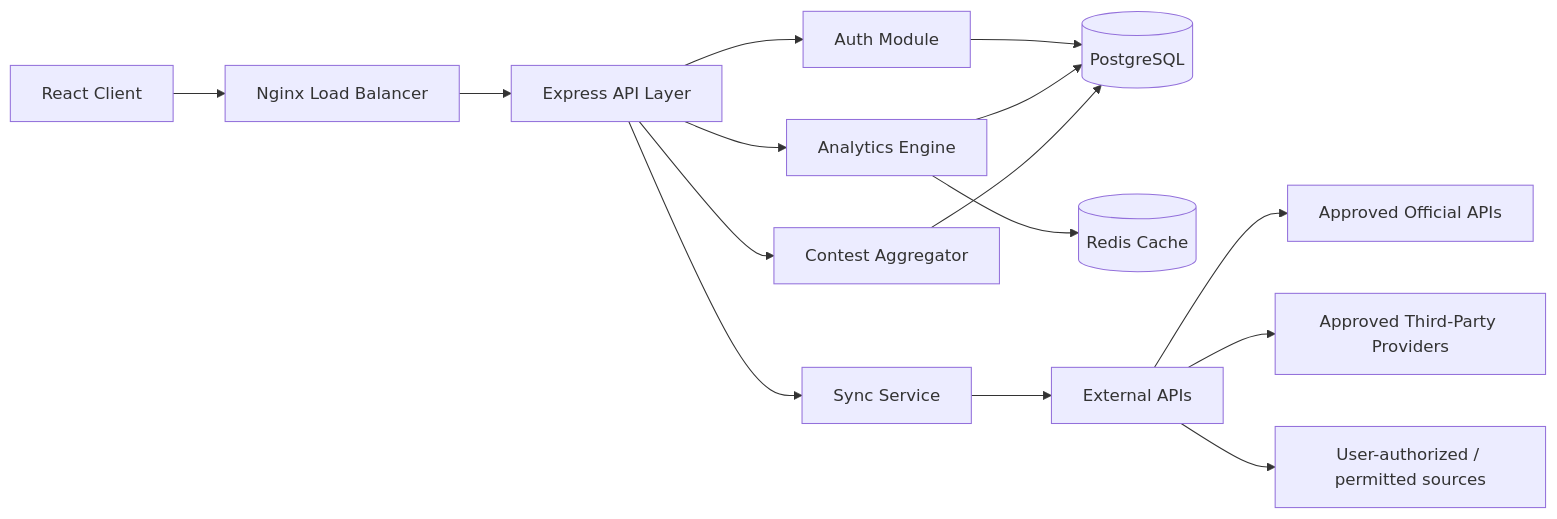
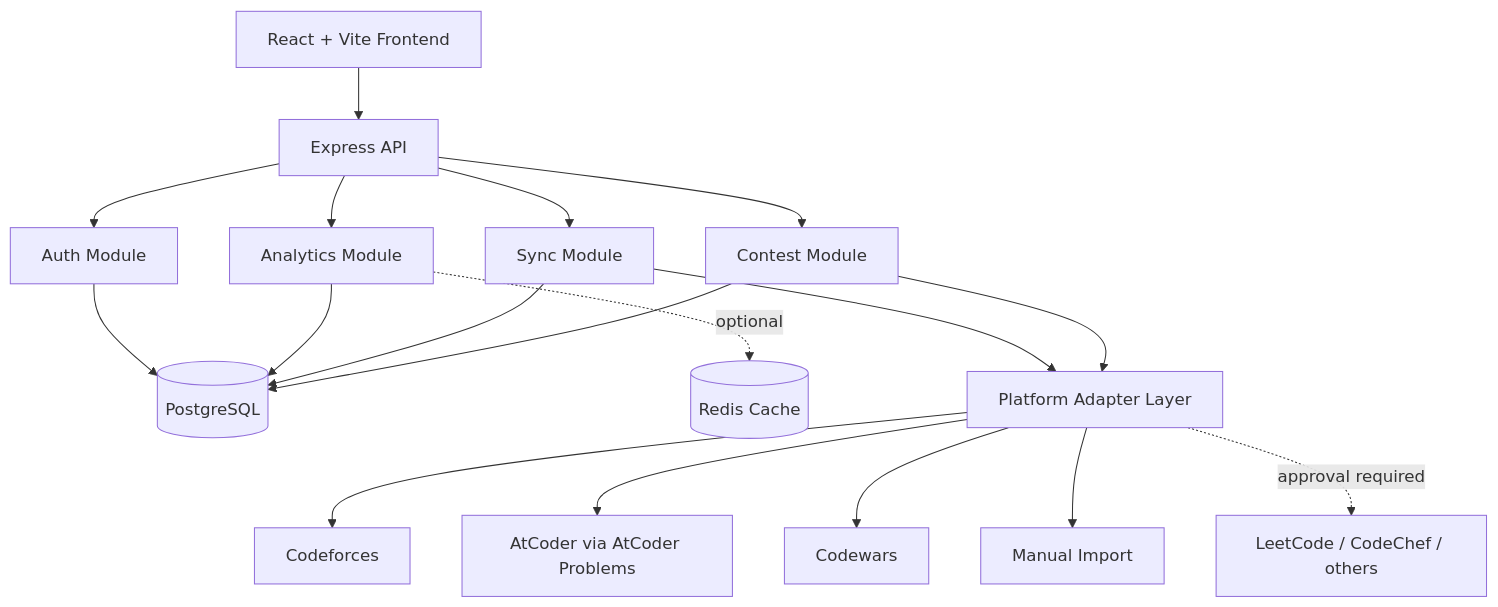
Before and after one commit to ishendrarai/CodeONE: the first of 3 diagrams in README.md, drawn with Mermaid. The commit also changed other lines of this file, not shown here.

````diff
--- a/README.md
+++ b/README.md
@@ -348,17 +305,20 @@
 ```mermaid
-flowchart LR
-    A[React Client] --> B[Nginx Load Balancer]
-    B --> C[Express API Layer]
-    C --> D[Auth Module]
-    C --> E[Analytics Engine]
-    C --> F[Contest Aggregator]
-    C --> G[Sync Service]
-    D --> H[(PostgreSQL)]
+flowchart TB
+    A[React + Vite Frontend] --> B[Express API]
+    B --> C[Auth Module]
+    B --> D[Analytics Module]
+    B --> E[Sync Module]
+    B --> F[Contest Module]
+    C --> H[(PostgreSQL)]
+    D --> H
     E --> H
-    E --> I[(Redis Cache)]
     F --> H
-    G --> J[External APIs]
-    J --> K[Approved Official APIs]
-    J --> L[Approved Third-Party Providers]
-    J --> M[User-authorized / permitted sources]
+    D -. optional .-> I[(Redis Cache)]
+    E --> G[Platform Adapter Layer]
+    F --> G
+    G --> K[Codeforces]
+    G --> L[AtCoder via AtCoder Problems]
+    G --> M[Codewars]
+    G --> N[Manual Import]
+    G -. approval required .-> O[LeetCode / CodeChef / others]
 ```
````
